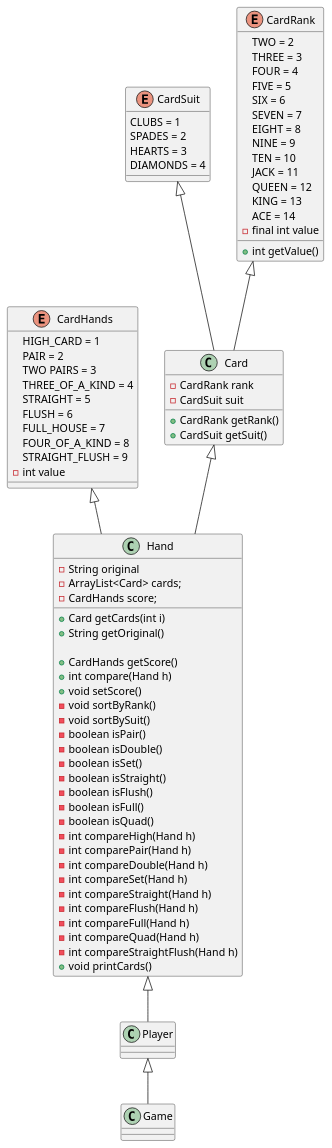
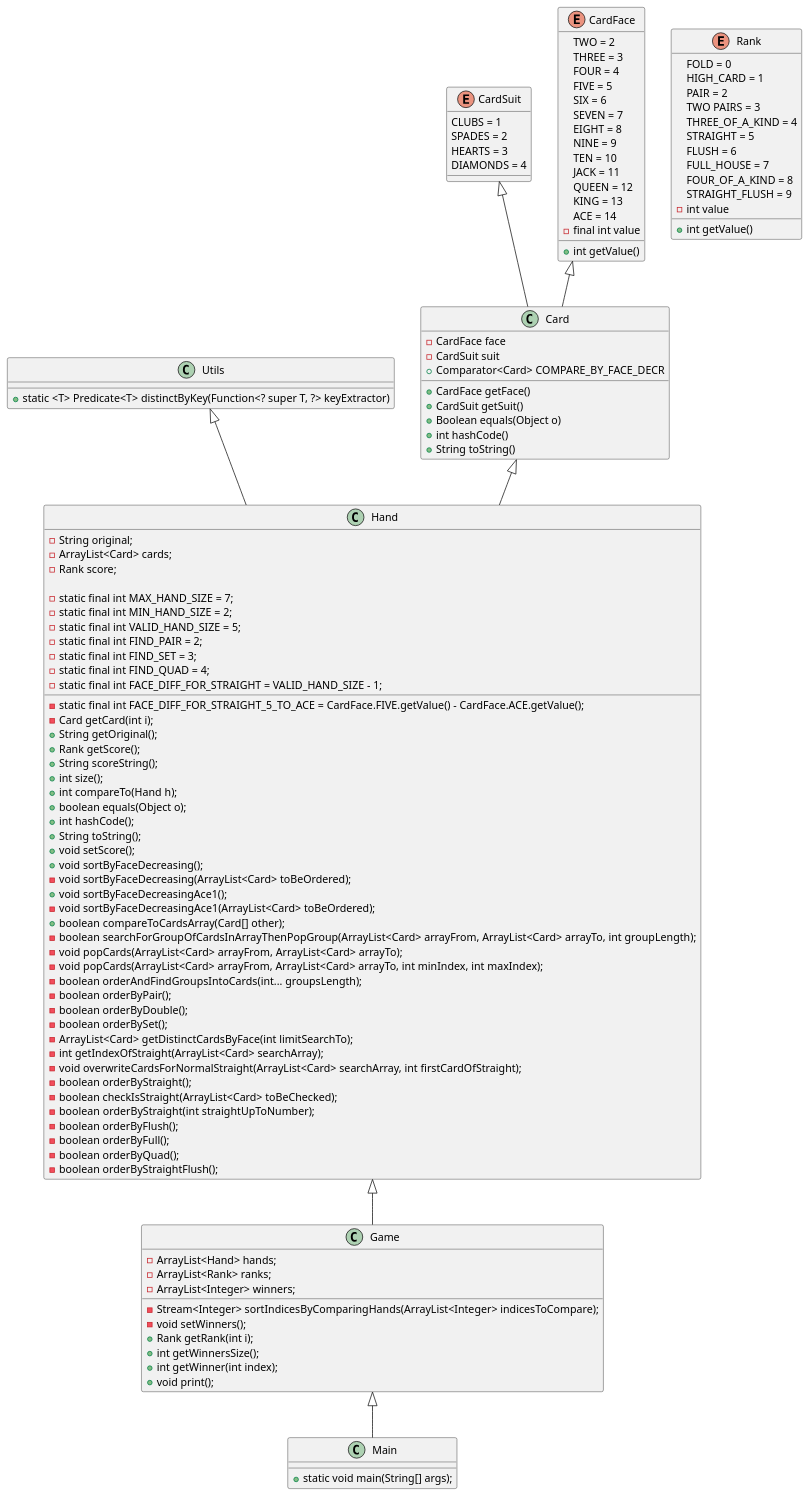
The diagram in poker_classUML.puml (bebosudo/it.units.muli.poker), drawn with PlantUML before and after one commit.

Commit message:
Update UML Diagram.

```diff
--- a/poker_classUML.puml
+++ b/poker_classUML.puml
@@ -1,97 +1,133 @@
 @startuml
 
 class Card {
-- CardRank rank
+- CardFace face
 - CardSuit suit
-+ CardRank getRank()
++ CardFace getFace()
 + CardSuit getSuit()
++ Boolean equals(Object o)
++ int hashCode()
++ String toString()
++ Comparator<Card> COMPARE_BY_FACE_DECR
 }
 
 class Hand {
-- String original
+- String original;
 - ArrayList<Card> cards;
-- CardHands score;
+- Rank score;
 
-+ Card getCards(int i)
-+ String getOriginal()
+- static final int MAX_HAND_SIZE = 7;
+- static final int MIN_HAND_SIZE = 2;
+- static final int VALID_HAND_SIZE = 5;
+- static final int FIND_PAIR = 2;
+- static final int FIND_SET = 3;
+- static final int FIND_QUAD = 4;
+- static final int FACE_DIFF_FOR_STRAIGHT_5_TO_ACE = CardFace.FIVE.getValue() - CardFace.ACE.getValue();
+- static final int FACE_DIFF_FOR_STRAIGHT = VALID_HAND_SIZE - 1;
 
-+ CardHands getScore()
-+ int compare(Hand h)
-+ void setScore()
-- void sortByRank()
-- void sortBySuit()
-- boolean isPair()
-- boolean isDouble()
-- boolean isSet()
-- boolean isStraight()
-- boolean isFlush()
-- boolean isFull()
-- boolean isQuad()
-- int compareHigh(Hand h)
-- int comparePair(Hand h)
-- int compareDouble(Hand h)
-- int compareSet(Hand h)
-- int compareStraight(Hand h)
-- int compareFlush(Hand h)
-- int compareFull(Hand h)
-- int compareQuad(Hand h)
-- int compareStraightFlush(Hand h)
-+ void printCards()
-
-}
-
-class Player {
+- Card getCard(int i);
++ String getOriginal();
++ Rank getScore();
++ String scoreString();
++ int size();
++ int compareTo(Hand h);
++ boolean equals(Object o);
++ int hashCode();
++ String toString();
++ void setScore();
++ void sortByFaceDecreasing();
+- void sortByFaceDecreasing(ArrayList<Card> toBeOrdered);
++ void sortByFaceDecreasingAce1();
+- void sortByFaceDecreasingAce1(ArrayList<Card> toBeOrdered);
++ boolean compareToCardsArray(Card[] other);
+- boolean searchForGroupOfCardsInArrayThenPopGroup(ArrayList<Card> arrayFrom, ArrayList<Card> arrayTo, int groupLength);
+- void popCards(ArrayList<Card> arrayFrom, ArrayList<Card> arrayTo);
+- void popCards(ArrayList<Card> arrayFrom, ArrayList<Card> arrayTo, int minIndex, int maxIndex);
+- boolean orderAndFindGroupsIntoCards(int... groupsLength);
+- boolean orderByPair();
+- boolean orderByDouble();
+- boolean orderBySet();
+- ArrayList<Card> getDistinctCardsByFace(int limitSearchTo);
+- int getIndexOfStraight(ArrayList<Card> searchArray);
+- void overwriteCardsForNormalStraight(ArrayList<Card> searchArray, int firstCardOfStraight);
+- boolean orderByStraight();
+- boolean checkIsStraight(ArrayList<Card> toBeChecked);
+- boolean orderByStraight(int straightUpToNumber);
+- boolean orderByFlush();
+- boolean orderByFull();
+- boolean orderByQuad();
+- boolean orderByStraightFlush();
 
 }
 
 class Game {
+- ArrayList<Hand> hands;
+- ArrayList<Rank> ranks;
+- ArrayList<Integer> winners;
 
+- Stream<Integer> sortIndicesByComparingHands(ArrayList<Integer> indicesToCompare);
+- void setWinners();
++ Rank getRank(int i);
++ int getWinnersSize();
++ int getWinner(int index);
++ void print();
 }
 
-Hand <|-- Player
+class Main{
++ static void main(String[] args);
+}
+
+class Utils{
++ static <T> Predicate<T> distinctByKey(Function<? super T, ?> keyExtractor)
+}
+
+CardSuit <|-- Card
+CardFace <|-- Card
 Card <|-- Hand
-CardSuit <|-- Card
-CardRank <|-- Card
-CardHands <|-- Hand
+Hand <|-- Game
+Game <|-- Main
+Utils <|-- Hand
 
-Player <|-- Game
+
 
 enum CardSuit {
 CLUBS = 1
 SPADES = 2
 HEARTS = 3
 DIAMONDS = 4
 }
 
-enum CardRank {
+enum CardFace {
 TWO = 2
 THREE = 3
 FOUR = 4
 FIVE = 5
 SIX = 6
 SEVEN = 7
 EIGHT = 8
 NINE = 9
 TEN = 10
 JACK = 11
 QUEEN = 12
 KING = 13
 ACE = 14
 - final int value
 + int getValue()
 }
 
-enum CardHands {
+enum Rank {
+FOLD = 0
 HIGH_CARD = 1
 PAIR = 2
 TWO PAIRS = 3
 THREE_OF_A_KIND = 4
 STRAIGHT = 5
 FLUSH = 6
 FULL_HOUSE = 7
 FOUR_OF_A_KIND = 8
 STRAIGHT_FLUSH = 9
 - int value
++ int getValue()
 }
 
 @enduml
```
